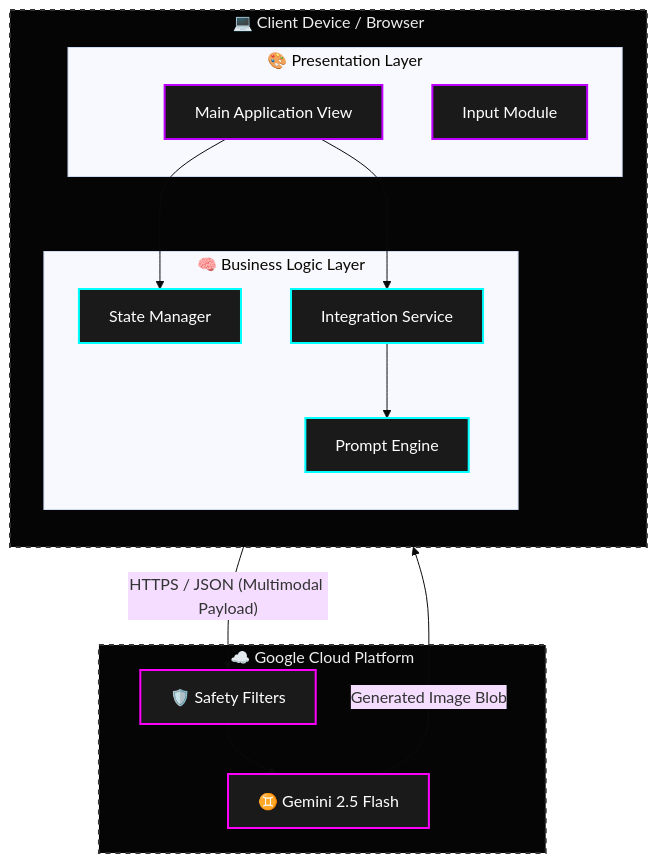
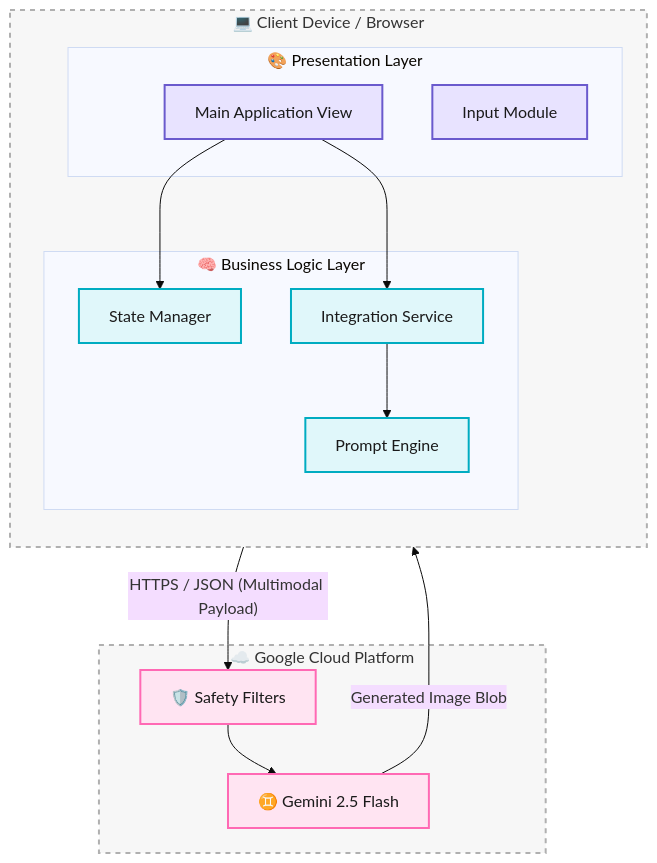
The first of 2 diagrams in post/blog.md (abhivickyvyas/squad-mix-ai), drawn with Mermaid (base theme) before and after one commit. The commit also changed 1 other file, not shown here.

Commit message:
docs: Update architecture diagram styles
Refactors the architecture diagram to use a more vibrant color palette and removes the explicit mention of Tailwind CSS from the diagram description for broader applicability. This enhances visual appeal and clarifies the diagram's content.

````diff
--- a/post/blog.md
+++ b/post/blog.md
@@ -24,40 +24,40 @@
 ```mermaid
 graph TB
-    %% Styles
-    classDef ui fill:#1a1a1a,stroke:#bd00ff,stroke-width:2px,color:#fff
-    classDef logic fill:#1a1a1a,stroke:#00ffff,stroke-width:2px,color:#fff
-    classDef cloud fill:#1a1a1a,stroke:#ff00ff,stroke-width:2px,color:#fff
-    classDef container fill:#050505,stroke:#333,stroke-width:2px,stroke-dasharray: 5 5,color:#eee
+    %% Styles (No black used)
+    classDef ui fill:#e8e3ff,stroke:#6a5acd,stroke-width:2px,color:#1a1a1a
+    classDef logic fill:#e0f7fa,stroke:#00acc1,stroke-width:2px,color:#1a1a1a
+    classDef cloud fill:#ffe4f2,stroke:#ff69b4,stroke-width:2px,color:#1a1a1a
+    classDef container fill:#f7f7f7,stroke:#b0b0b0,stroke-width:2px,stroke-dasharray: 5 5,color:#333
 
-    subgraph Client_Device ["💻 Client Device / Browser"]
+    subgraph Client_Device["💻 Client Device / Browser"]
         direction TB
         
-        subgraph UI_Layer ["🎨 Presentation Layer"]
+        subgraph UI_Layer["🎨 Presentation Layer"]
             CoreUI["Main Application View"]:::ui
             InputMod["Input Module"]:::ui
         end
         
-        subgraph Logic_Layer ["🧠 Business Logic Layer"]
+        subgraph Logic_Layer["🧠 Business Logic Layer"]
             StateManager["State Manager"]:::logic
             APIService["Integration Service"]:::logic
             PromptEng["Prompt Engine"]:::logic
         end
     end
     
-    subgraph Cloud_Infrastructure ["☁️ Google Cloud Platform"]
+    subgraph Cloud_Infrastructure["☁️ Google Cloud Platform"]
         GeminiModel["♊ Gemini 2.5 Flash"]:::cloud
         SafetyFilters["🛡️ Safety Filters"]:::cloud
     end
     
     %% Applying Container Styles
     class Client_Device,Cloud_Infrastructure container
-    
+
     CoreUI --> StateManager
     CoreUI --> APIService
     
     APIService --> PromptEng
     
     APIService -- "HTTPS / JSON (Multimodal Payload)" --> SafetyFilters
     SafetyFilters --> GeminiModel
     GeminiModel -- "Generated Image Blob" --> APIService
 ```
````
